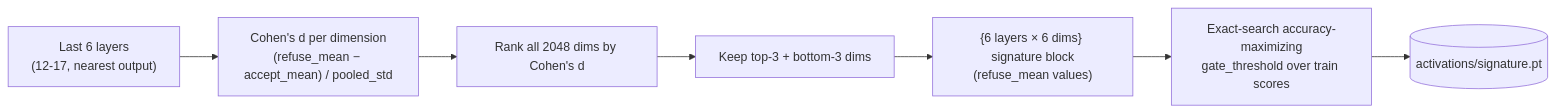
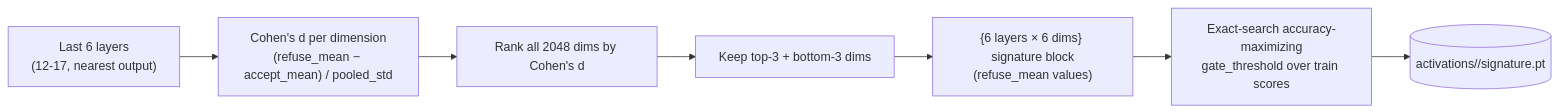
One commit to Palani-SN/abliteration-et-constitutional-classifier changed the third of 4 diagrams in README.md. Above: the diagram before and after it, drawn with Mermaid. The commit also changed other lines of this file and 720 other files, not shown here.

````diff
--- a/README.md
+++ b/README.md
@@ -376,9 +379,9 @@
 ```mermaid
 flowchart LR
     L["Last 6 layers<br/>(12-17, nearest output)"] --> CD["Cohen's d per dimension<br/>(refuse_mean − accept_mean) / pooled_std"]
     CD --> RANK["Rank all 2048 dims by Cohen's d"]
     RANK --> TOP["Keep top-3 + bottom-3 dims"]
     TOP --> SIG["{6 layers × 6 dims} signature block<br/>(refuse_mean values)"]
     SIG --> GT["Exact-search accuracy-maximizing<br/>gate_threshold over train scores"]
-    GT --> SAVE[("activations/signature.pt")]
+    GT --> SAVE[("activations/<model_key>/signature.pt")]
 ```
````
